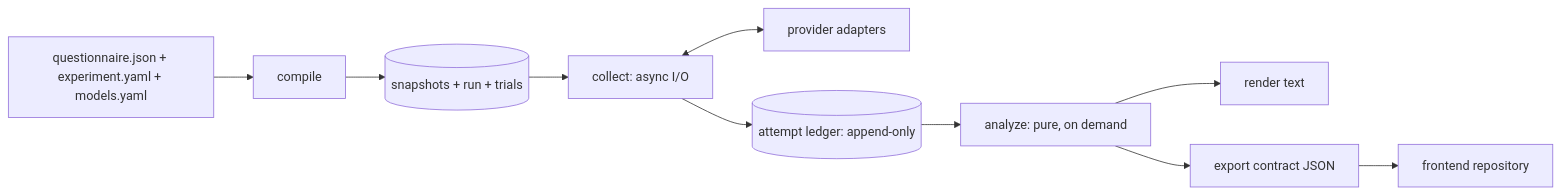
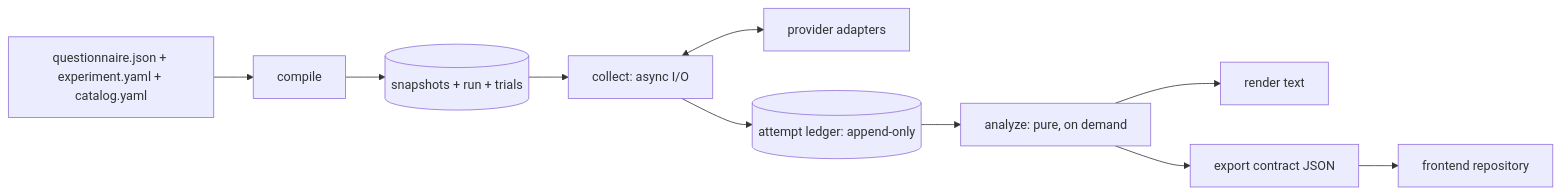
Before and after one commit to quanturtle/compass-bench: the diagram in docs/architecture.md, drawn with Mermaid. The commit also changed other lines of this file and 4 other files, not shown here.

````diff
--- a/docs/architecture.md
+++ b/docs/architecture.md
@@ -67,11 +67,11 @@
 ```mermaid
 flowchart LR
-  F[questionnaire.json + experiment.yaml + models.yaml] --> P[compile]
+  F[questionnaire.json + experiment.yaml + catalog.yaml] --> P[compile]
   P --> S[(snapshots + run + trials)]
   S --> C[collect: async I/O]
   C <--> M[provider adapters]
   C --> L[(attempt ledger: append-only)]
   L --> A[analyze: pure, on demand]
   A --> T[render text]
   A --> E[export contract JSON] --> FE[frontend repository]
 ```
````
